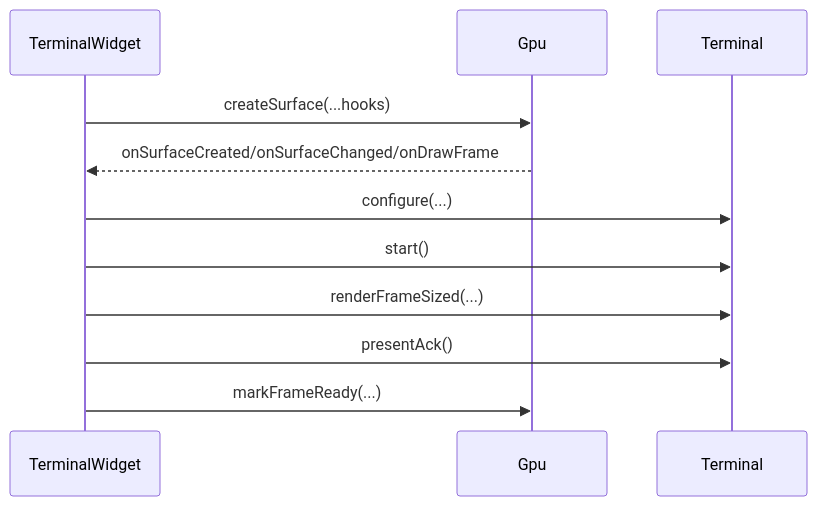
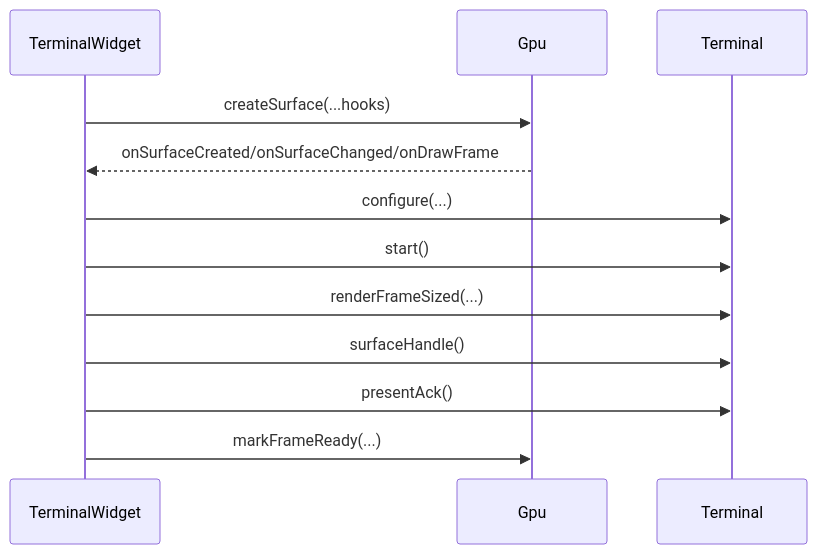
Before and after one commit to LaurenceGuws/howl-android-host: the fourth of 4 diagrams in design.md, drawn with Mermaid. The commit also changed other lines of this file and 4 other files, not shown here.

````diff
--- a/design.md
+++ b/design.md
@@ -82,14 +82,15 @@
 ```mermaid
 sequenceDiagram
     participant TW as TerminalWidget
     participant G as Gpu
     participant T as Terminal
 
     TW->>G: createSurface(...hooks)
     G-->>TW: onSurfaceCreated/onSurfaceChanged/onDrawFrame
     TW->>T: configure(...)
     TW->>T: start()
     TW->>T: renderFrameSized(...)
+    TW->>T: surfaceHandle()
     TW->>T: presentAck()
     TW->>G: markFrameReady(...)
 ```
````
